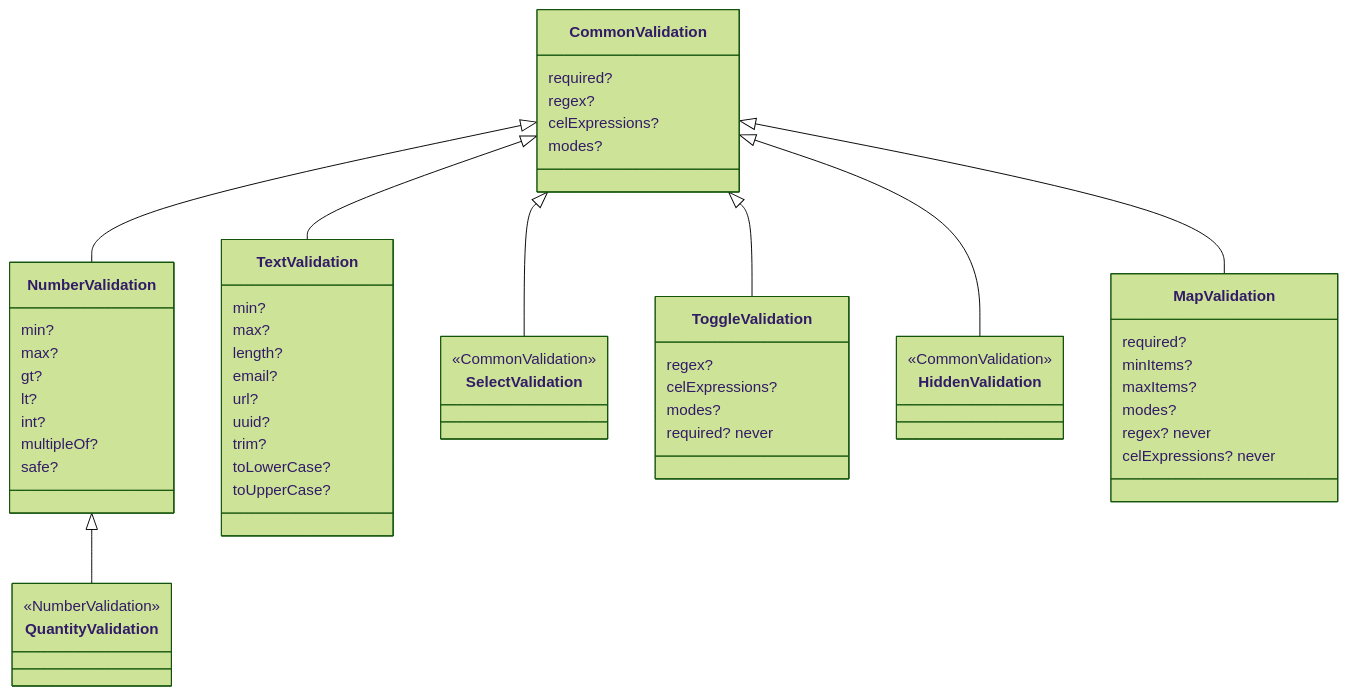
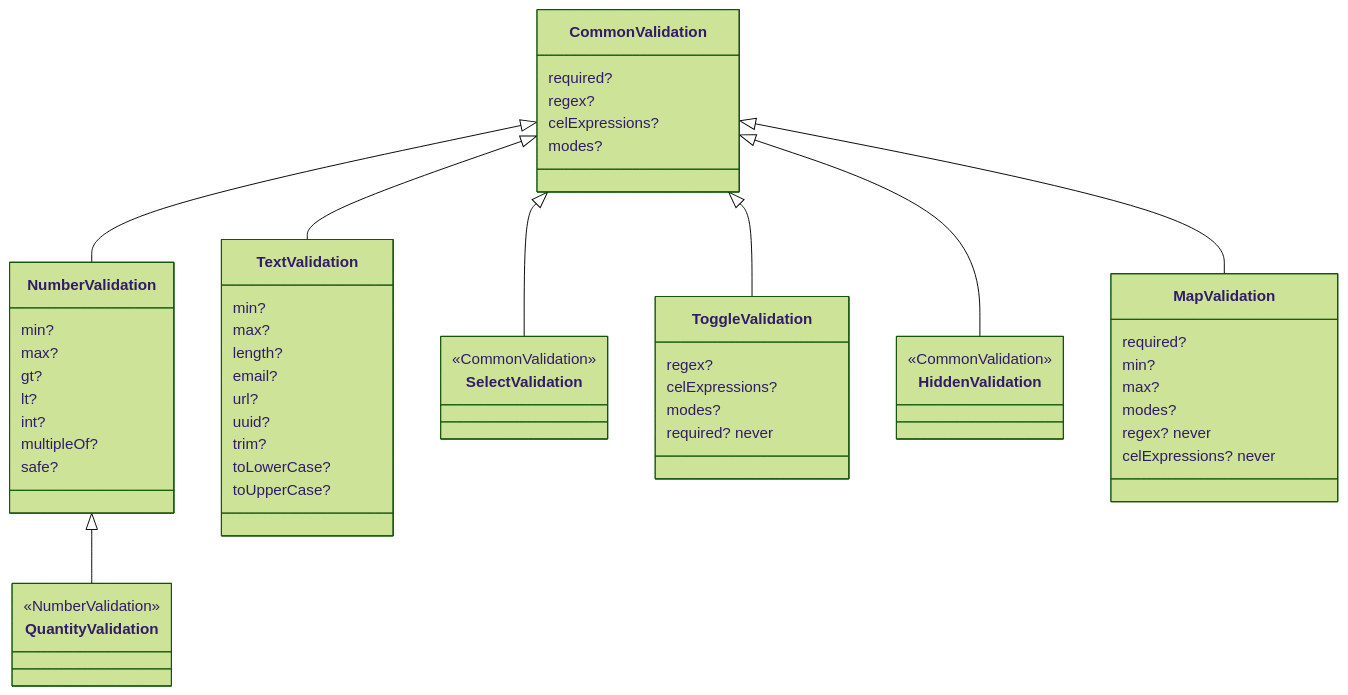
One commit to openeverest/openeverest changed the seventh of 7 diagrams in docs/ui/architecture/ui-generator/schema-reference.md. Above: the diagram before and after it, drawn with Mermaid (forest theme). The commit also changed other lines of this file and 11 other files, not shown here.

First line of the commit message:
feat(ui-generator): name the map field's count limits min and max

````diff
--- a/docs/ui/architecture/ui-generator/schema-reference.md
+++ b/docs/ui/architecture/ui-generator/schema-reference.md
@@ -220,59 +220,59 @@
 ```mermaid
 classDiagram
   class CommonValidation {
     required?
     regex?
     celExpressions?
     modes?
   }
   class NumberValidation {
     min?
     max?
     gt?
     lt?
     int?
     multipleOf?
     safe?
   }
   class QuantityValidation {
     <<NumberValidation>>
   }
   class TextValidation {
     min?
     max?
     length?
     email?
     url?
     uuid?
     trim?
     toLowerCase?
     toUpperCase?
   }
   class SelectValidation {
     <<CommonValidation>>
   }
   class ToggleValidation {
     regex?
     celExpressions?
     modes?
     required? never
   }
   class HiddenValidation {
     <<CommonValidation>>
   }
   class MapValidation {
     required?
-    minItems?
-    maxItems?
+    min?
+    max?
     modes?
     regex? never
     celExpressions? never
   }
   CommonValidation <|-- NumberValidation
   NumberValidation <|-- QuantityValidation
   CommonValidation <|-- TextValidation
   CommonValidation <|-- SelectValidation
   CommonValidation <|-- ToggleValidation
   CommonValidation <|-- HiddenValidation
   CommonValidation <|-- MapValidation
 ```
````
